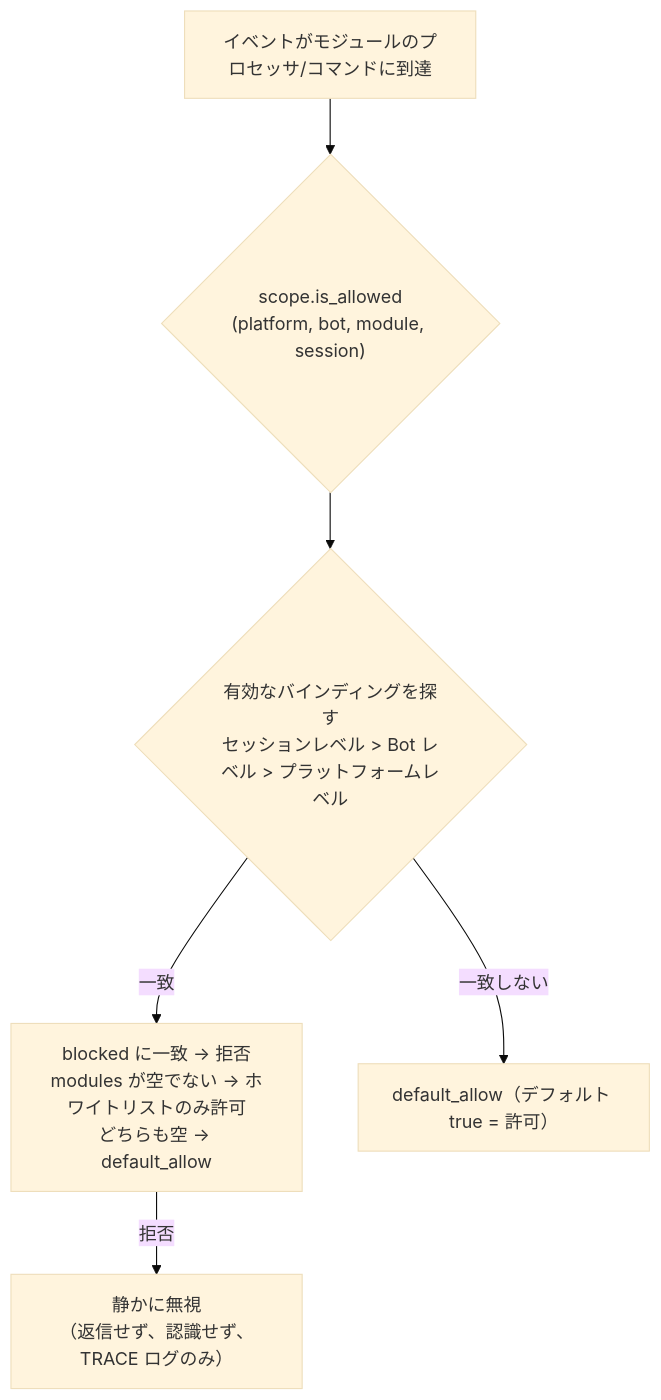
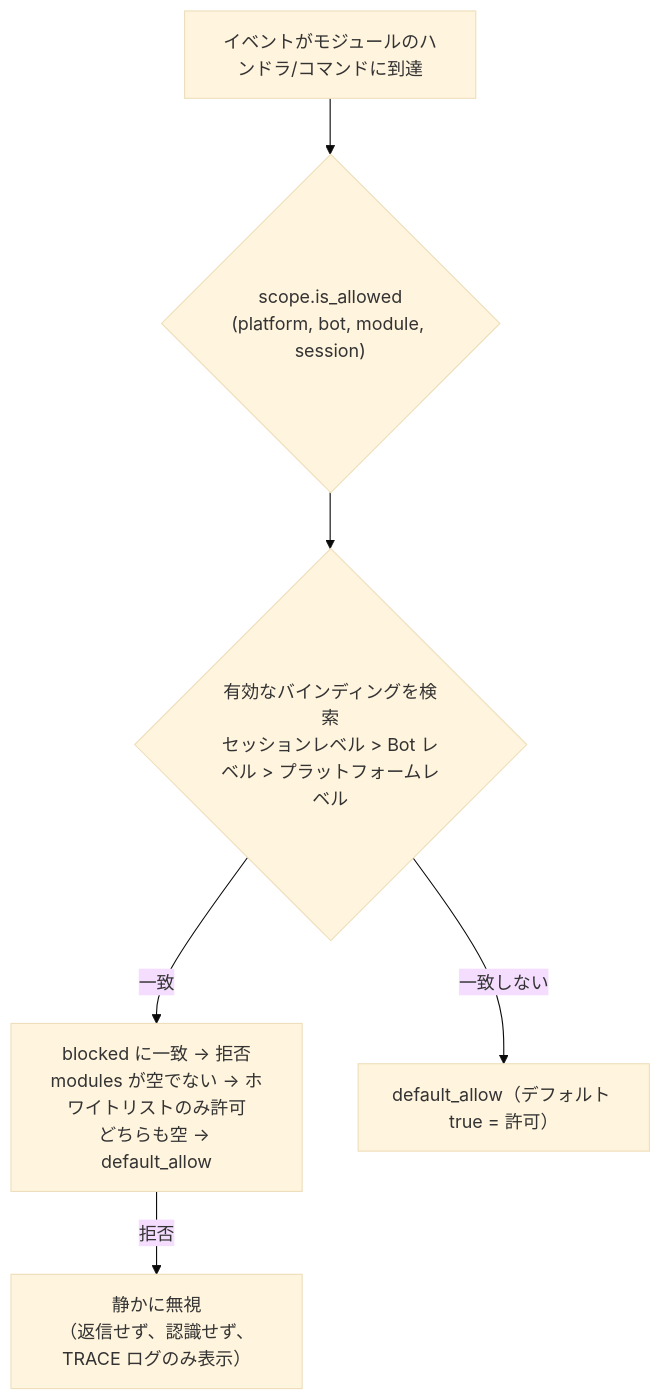
One commit to ErisPulse/ErisPulse changed the diagram in docs/ja/advanced/scope.md. Above: the diagram before and after it, drawn with Mermaid (base theme). The commit also changed other lines of this file and 75 other files, not shown here.

````diff
--- a/docs/ja/advanced/scope.md
+++ b/docs/ja/advanced/scope.md
@@ -99,8 +121,8 @@
 ```mermaid
 flowchart TD
-    A["イベントがモジュールのプロセッサ/コマンドに到達"] --> B{"scope.is_allowed<br/>(platform, bot, module, session)"}
-    B --> C{"有効なバインディングを探す<br/>セッションレベル > Bot レベル > プラットフォームレベル"}
+    A["イベントがモジュールのハンドラ/コマンドに到達"] --> B{"scope.is_allowed<br/>(platform, bot, module, session)"}
+    B --> C{"有効なバインディングを検索<br/>セッションレベル > Bot レベル > プラットフォームレベル"}
     C -->|"一致"| D["blocked に一致 → 拒否<br/>modules が空でない → ホワイトリストのみ許可<br/>どちらも空 → default_allow"]
     C -->|"一致しない"| E["default_allow（デフォルト true = 許可）"]
-    D -->|"拒否"| Z["静かに無視<br/>（返信せず、認識せず、TRACE ログのみ）"]
+    D -->|"拒否"| Z["静かに無視<br/>（返信せず、認識せず、TRACE ログのみ表示）"]
 ```
````
